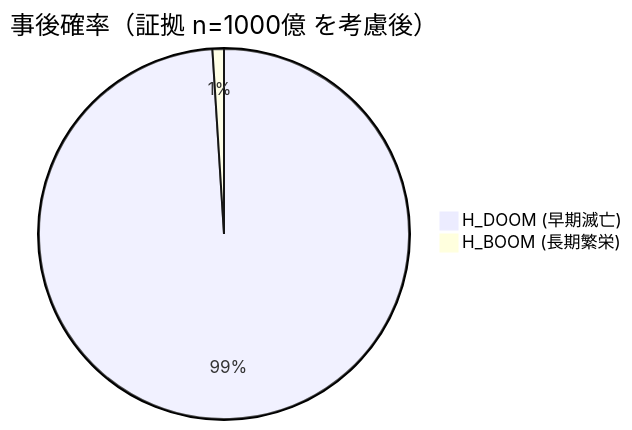
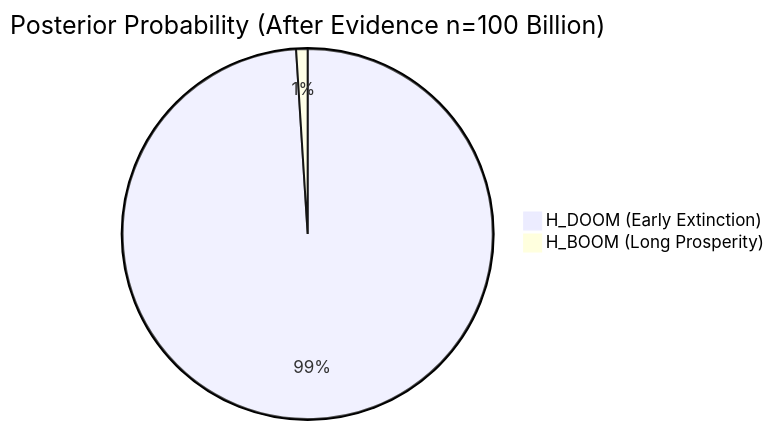
The third of 5 diagrams in content/post/doomsday-argument/index.en.md (kenjinote/blog), drawn with Mermaid before and after one commit. The commit also changed other lines of this file and 28 other files, not shown here.

Commit message:
Translate Japanese text inside Mermaid diagrams to respective languages

````diff
--- a/content/post/doomsday-argument/index.en.md
+++ b/content/post/doomsday-argument/index.en.md
@@ -115,6 +115,6 @@
 ```mermaid
 pie
-    title 事後確率（証拠 n=1000億 を考慮後）
-    "H_DOOM (早期滅亡)" : 99
-    "H_BOOM (長期繁栄)" : 1
+    title Posterior Probability (After Evidence n=100 Billion)
+    "H_DOOM (Early Extinction)" : 99
+    "H_BOOM (Long Prosperity)" : 1
 ```
````
